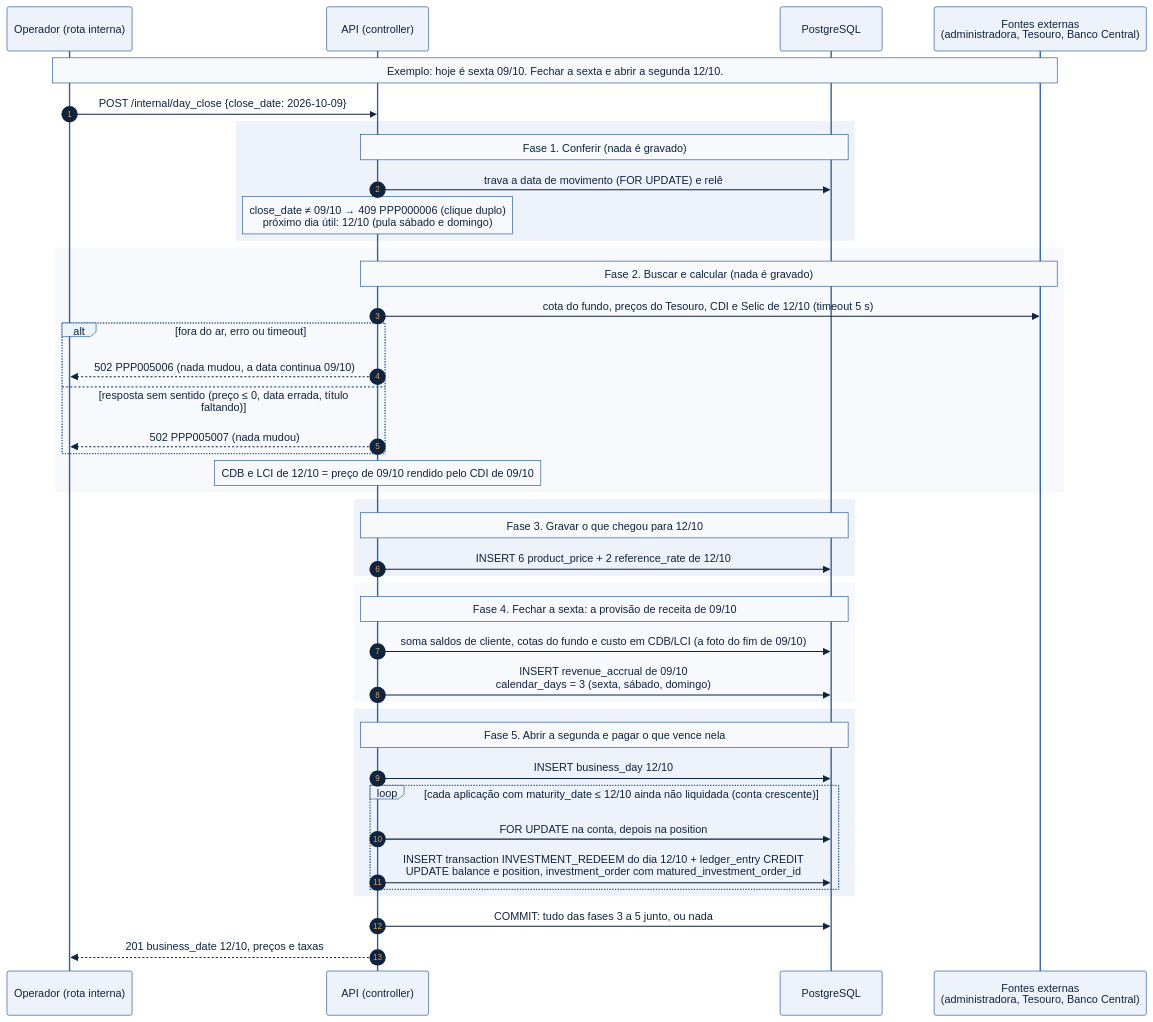
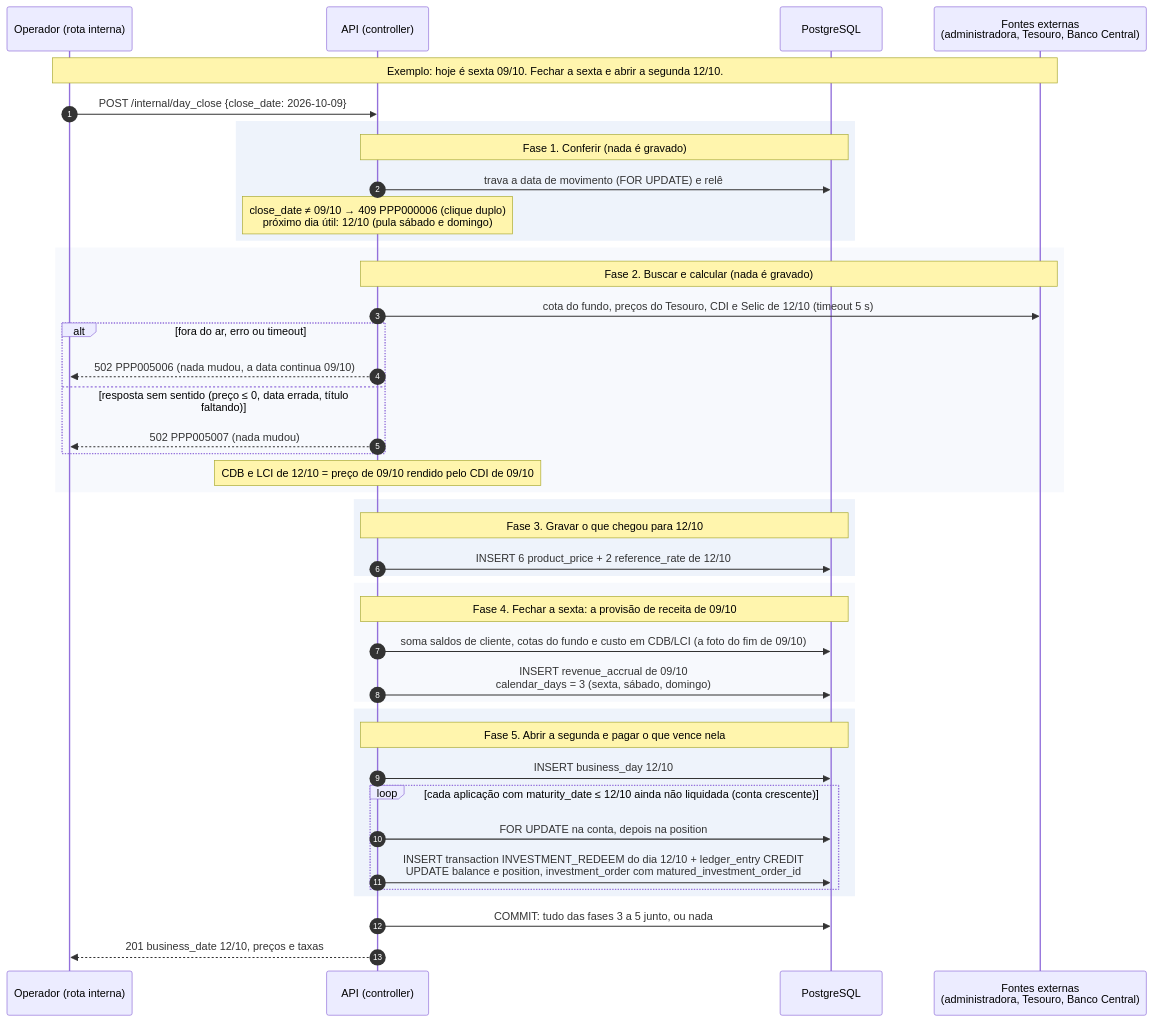
Before and after one commit to heluylucas/bootcamp-qi-tech-presidas-: the diagram in docs/diagramas/fechamento-do-dia.mmd, drawn with Mermaid. The commit also changed 11 other files, not shown here.

Commit message:
:hammer: update: flow-diagrams-default-colors

```diff
--- a/docs/diagramas/fechamento-do-dia.mmd
+++ b/docs/diagramas/fechamento-do-dia.mmd
@@ -1,63 +1,49 @@
----
-config:
-  theme: base
-  themeVariables:
-    primaryColor: "#eef3fb"
-    primaryBorderColor: "#2f5f9e"
-    primaryTextColor: "#10233f"
-    lineColor: "#2f5f9e"
-    secondaryColor: "#f7f9fd"
-    tertiaryColor: "#ffffff"
-    noteBkgColor: "#f7f9fd"
-    noteBorderColor: "#2f5f9e"
-    noteTextColor: "#10233f"
----
 sequenceDiagram
     autonumber
     participant O as Operador (rota interna)
     participant API as API (controller)
     participant DB as PostgreSQL
     participant Fora as Fontes externas<br/>(administradora, Tesouro, Banco Central)
 
     Note over O,Fora: Exemplo: hoje é sexta 09/10. Fechar a sexta e abrir a segunda 12/10.
     O->>API: POST /internal/day_close {close_date: 2026-10-09}
 
     rect rgb(238, 243, 251)
         Note over API,DB: Fase 1. Conferir (nada é gravado)
         API->>DB: trava a data de movimento (FOR UPDATE) e relê
         Note over API: close_date ≠ 09/10 → 409 PPP000006 (clique duplo)<br/>próximo dia útil: 12/10 (pula sábado e domingo)
     end
 
     rect rgb(247, 249, 253)
         Note over API,Fora: Fase 2. Buscar e calcular (nada é gravado)
         API->>Fora: cota do fundo, preços do Tesouro, CDI e Selic de 12/10 (timeout 5 s)
         alt fora do ar, erro ou timeout
             API-->>O: 502 PPP005006 (nada mudou, a data continua 09/10)
         else resposta sem sentido (preço ≤ 0, data errada, título faltando)
             API-->>O: 502 PPP005007 (nada mudou)
         end
         Note over API: CDB e LCI de 12/10 = preço de 09/10 rendido pelo CDI de 09/10
     end
 
     rect rgb(238, 243, 251)
         Note over API,DB: Fase 3. Gravar o que chegou para 12/10
         API->>DB: INSERT 6 product_price + 2 reference_rate de 12/10
     end
 
     rect rgb(247, 249, 253)
         Note over API,DB: Fase 4. Fechar a sexta: a provisão de receita de 09/10
         API->>DB: soma saldos de cliente, cotas do fundo e custo em CDB/LCI (a foto do fim de 09/10)
         API->>DB: INSERT revenue_accrual de 09/10<br/>calendar_days = 3 (sexta, sábado, domingo)
     end
 
     rect rgb(238, 243, 251)
         Note over API,DB: Fase 5. Abrir a segunda e pagar o que vence nela
         API->>DB: INSERT business_day 12/10
         loop cada aplicação com maturity_date ≤ 12/10 ainda não liquidada (conta crescente)
             API->>DB: FOR UPDATE na conta, depois na position
             API->>DB: INSERT transaction INVESTMENT_REDEEM do dia 12/10 + ledger_entry CREDIT<br/>UPDATE balance e position, investment_order com matured_investment_order_id
         end
     end
 
     API->>DB: COMMIT: tudo das fases 3 a 5 junto, ou nada
     API-->>O: 201 business_date 12/10, preços e taxas
```
